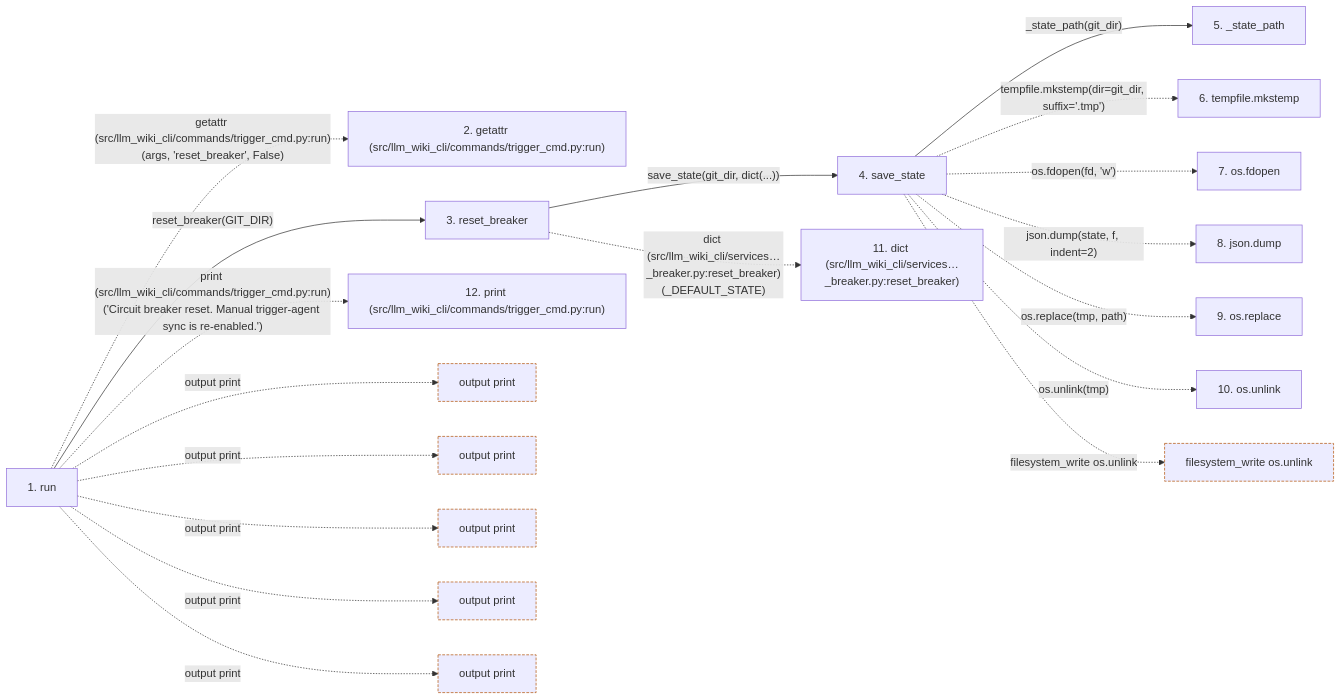
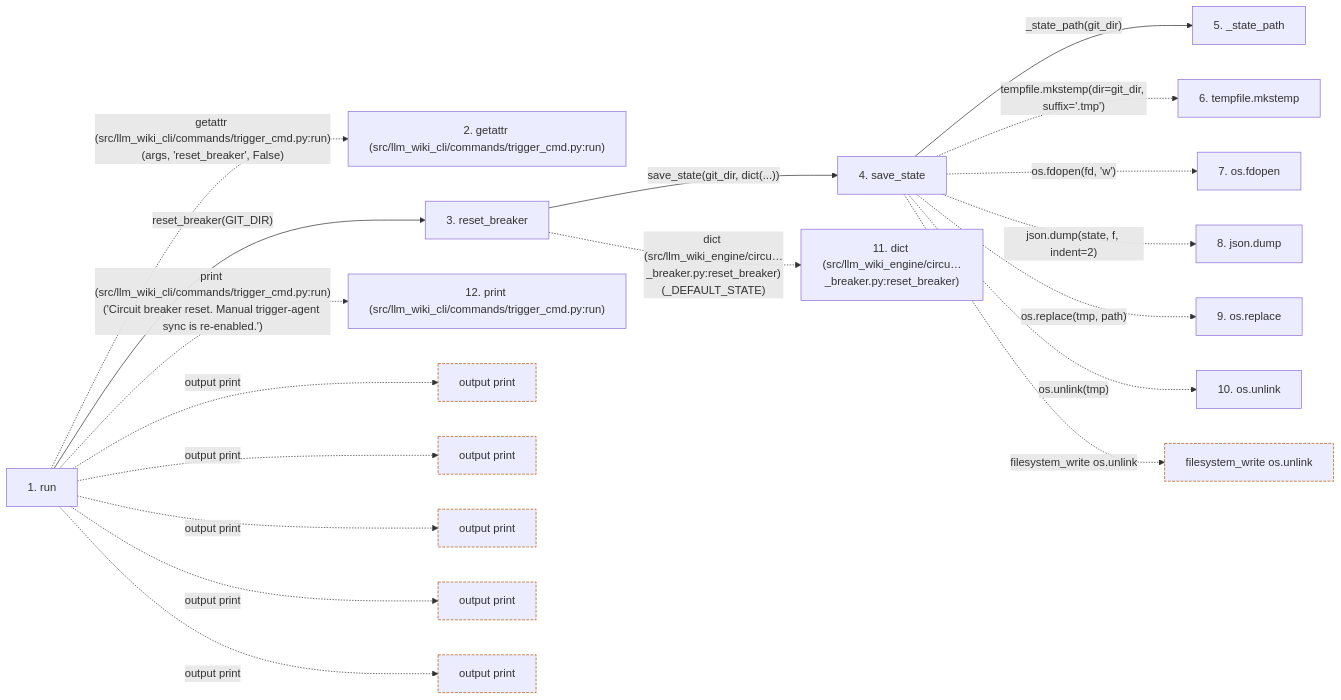
One commit to Denissvgn/python-wiki-llm changed the second of 2 diagrams in docs/llm_wiki/flows/cli-trigger-agent.md. Above: the diagram before and after it, drawn with Mermaid. The commit also changed other lines of this file and 1103 other files, not shown here.

First line of the commit message:
docs: refresh the wiki for the llm-wiki-engine distribution

````diff
--- a/docs/llm_wiki/flows/cli-trigger-agent.md
+++ b/docs/llm_wiki/flows/cli-trigger-agent.md
@@ -161,49 +161,49 @@
 ```mermaid
 flowchart LR
     s1["1. run"]
     s2["2. getattr (src/llm_wiki_cli/commands/trigger_cmd.py:run)"]
     s3["3. reset_breaker"]
     s4["4. save_state"]
     s5["5. _state_path"]
     s6["6. tempfile.mkstemp"]
     s7["7. os.fdopen"]
     s8["8. json.dump"]
     s9["9. os.replace"]
     s10["10. os.unlink"]
-    s11["11. dict (src/llm_wiki_cli/services…_breaker.py:reset_breaker)"]
+    s11["11. dict (src/llm_wiki_engine/circu…_breaker.py:reset_breaker)"]
     s12["12. print (src/llm_wiki_cli/commands/trigger_cmd.py:run)"]
     s1 -. "getattr (src/llm_wiki_cli/commands/trigger_cmd.py:run)(args, 'reset_breaker', False)" .-> s2
     s1 -->|"reset_breaker(GIT_DIR)"| s3
     s3 -->|"save_state(git_dir, dict(...))"| s4
     s4 -->|"_state_path(git_dir)"| s5
     s4 -. "tempfile.mkstemp(dir=git_dir, suffix='.tmp')" .-> s6
     s4 -. "os.fdopen(fd, 'w')" .-> s7
     s4 -. "json.dump(state, f, indent=2)" .-> s8
     s4 -. "os.replace(tmp, path)" .-> s9
     s4 -. "os.unlink(tmp)" .-> s10
-    s3 -. "dict (src/llm_wiki_cli/services…_breaker.py:reset_breaker)(_DEFAULT_STATE)" .-> s11
+    s3 -. "dict (src/llm_wiki_engine/circu…_breaker.py:reset_breaker)(_DEFAULT_STATE)" .-> s11
     s1 -. "print (src/llm_wiki_cli/commands/trigger_cmd.py:run)('Circuit breaker reset. Manual trigger-agent sync is re-enabled.')" .-> s12
     b0["output print"]
     s1 -. "output print" .-> b0
     b1["output print"]
     s1 -. "output print" .-> b1
     b2["output print"]
     s1 -. "output print" .-> b2
     b3["output print"]
     s1 -. "output print" .-> b3
     b4["output print"]
     s1 -. "output print" .-> b4
     b5["filesystem_write os.unlink"]
     s4 -. "filesystem_write os.unlink" .-> b5
     click s1 "../modules/trigger_cmd.md"
     click s3 "../modules/circuit_breaker.md"
     click s4 "../modules/circuit_breaker.md"
     click s5 "../modules/circuit_breaker.md"
     classDef boundary stroke:#b45309,stroke-dasharray: 4 2
     class b0 boundary
     class b1 boundary
     class b2 boundary
     class b3 boundary
     class b4 boundary
     class b5 boundary
 ```
````
